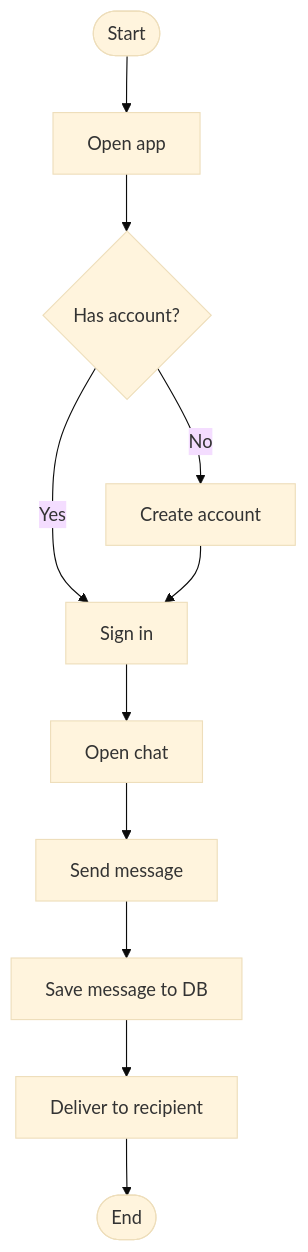
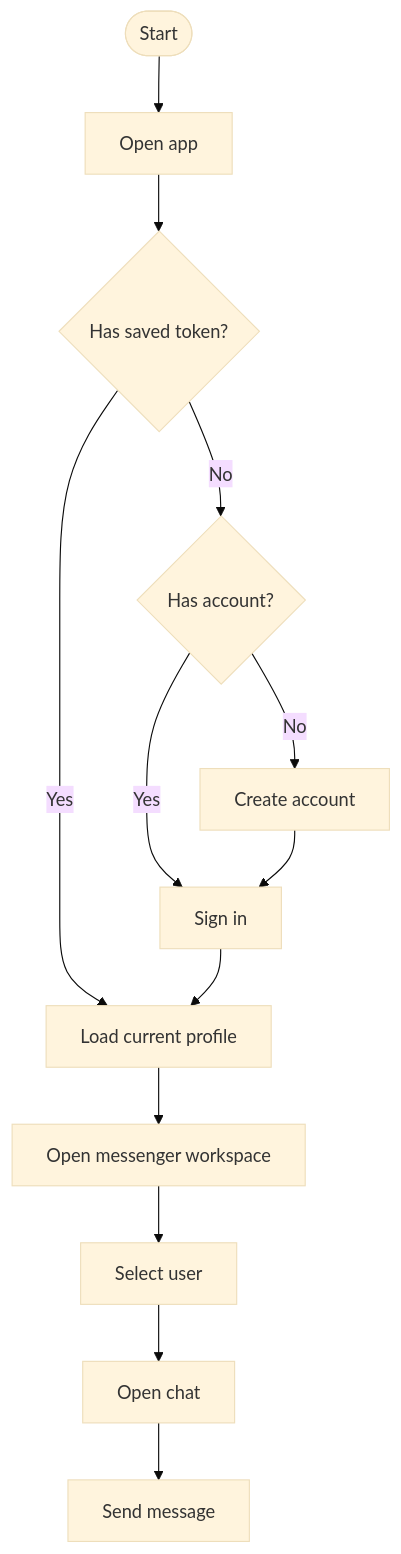
The third of 3 diagrams in README.md (aske312/project_403), drawn with Mermaid (base theme) before and after one commit. The commit also changed other lines of this file and 29 other files, not shown here.

````diff
--- a/README.md
+++ b/README.md
@@ -303,13 +307,15 @@
 ```mermaid
 flowchart TD
     Start([Start]) --> OpenApp[Open app]
-    OpenApp --> HasAccount{Has account?}
+    OpenApp --> HasToken{Has saved token?}
+    HasToken -->|Yes| LoadProfile[Load current profile]
+    HasToken -->|No| HasAccount{Has account?}
     HasAccount -->|Yes| Login[Sign in]
     HasAccount -->|No| Register[Create account]
     Register --> Login
-    Login --> OpenChat[Open chat]
+    Login --> LoadProfile
+    LoadProfile --> OpenMessenger[Open messenger workspace]
+    OpenMessenger --> SelectUser[Select user]
+    SelectUser --> OpenChat[Open chat]
     OpenChat --> SendMessage[Send message]
-    SendMessage --> SaveMessage[Save message to DB]
-    SaveMessage --> DeliverMessage[Deliver to recipient]
-    DeliverMessage --> End([End])
 ```
````
